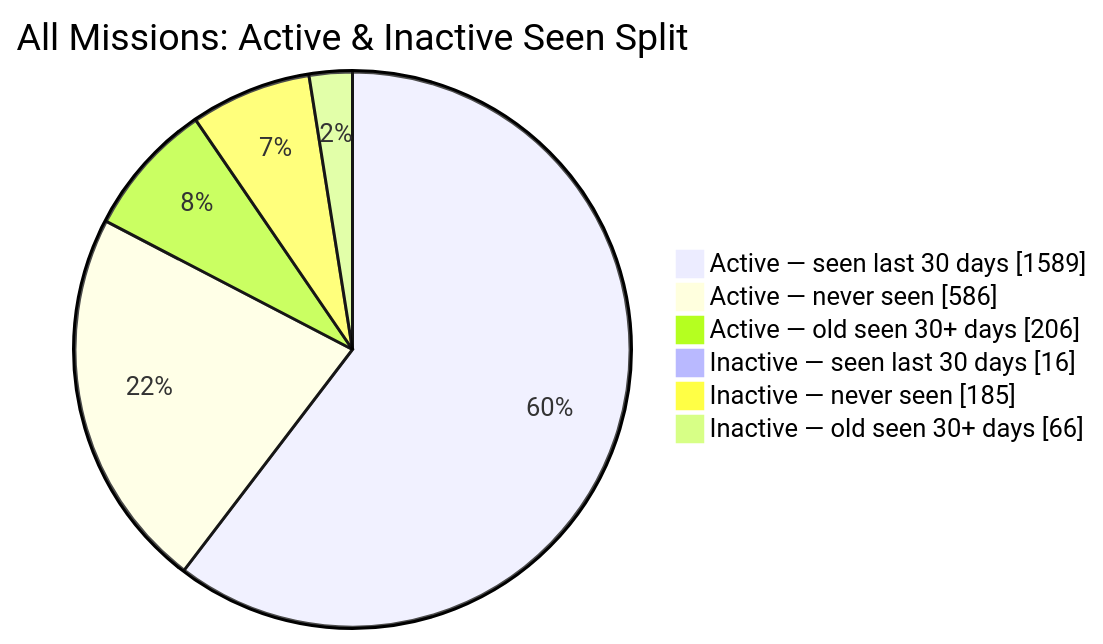
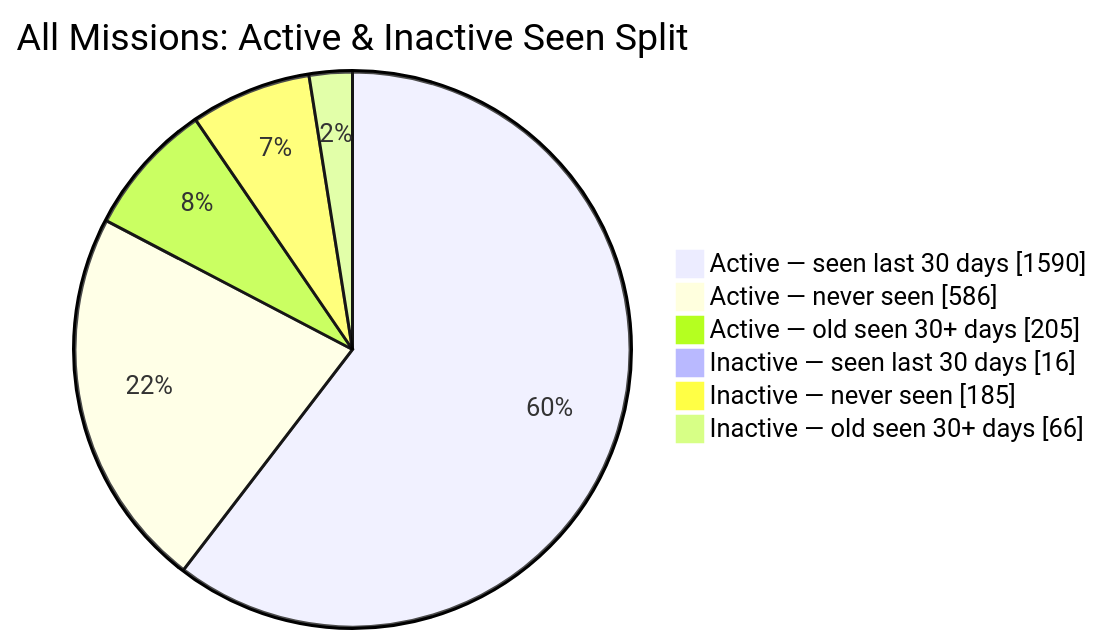
The second of 2 diagrams in README.md (MeldkamerspelGameTeam/active-missions), drawn with Mermaid before and after one commit. The commit also changed other lines of this file and 2 other files, not shown here.

````diff
--- a/README.md
+++ b/README.md
@@ -44,10 +44,10 @@
 ```mermaid
 pie showData
     title All Missions: Active & Inactive Seen Split
-    "Active — seen last 30 days" : 1589
+    "Active — seen last 30 days" : 1590
     "Active — never seen" : 586
-    "Active — old seen 30+ days" : 206
+    "Active — old seen 30+ days" : 205
     "Inactive — seen last 30 days" : 16
     "Inactive — never seen" : 185
     "Inactive — old seen 30+ days" : 66
 ```
````
